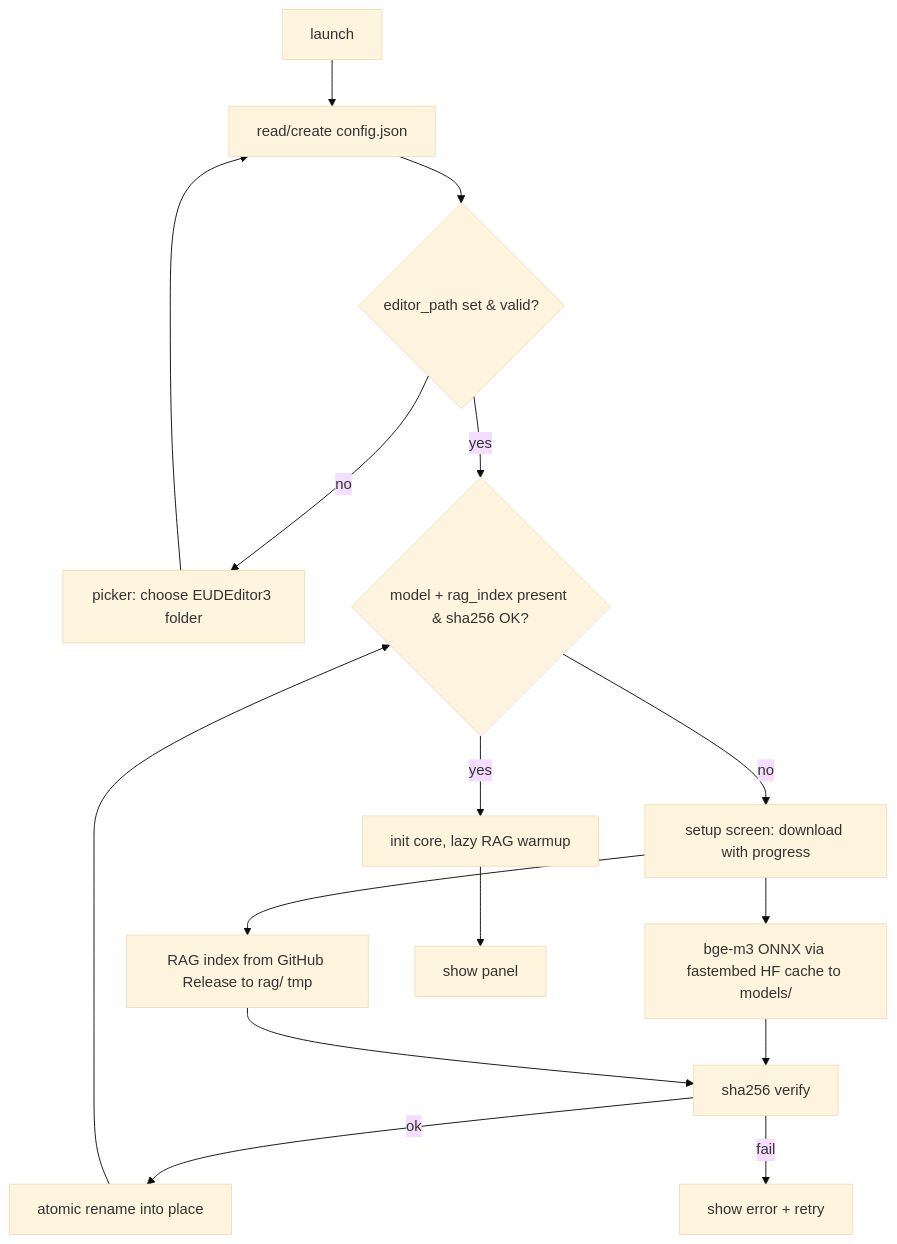
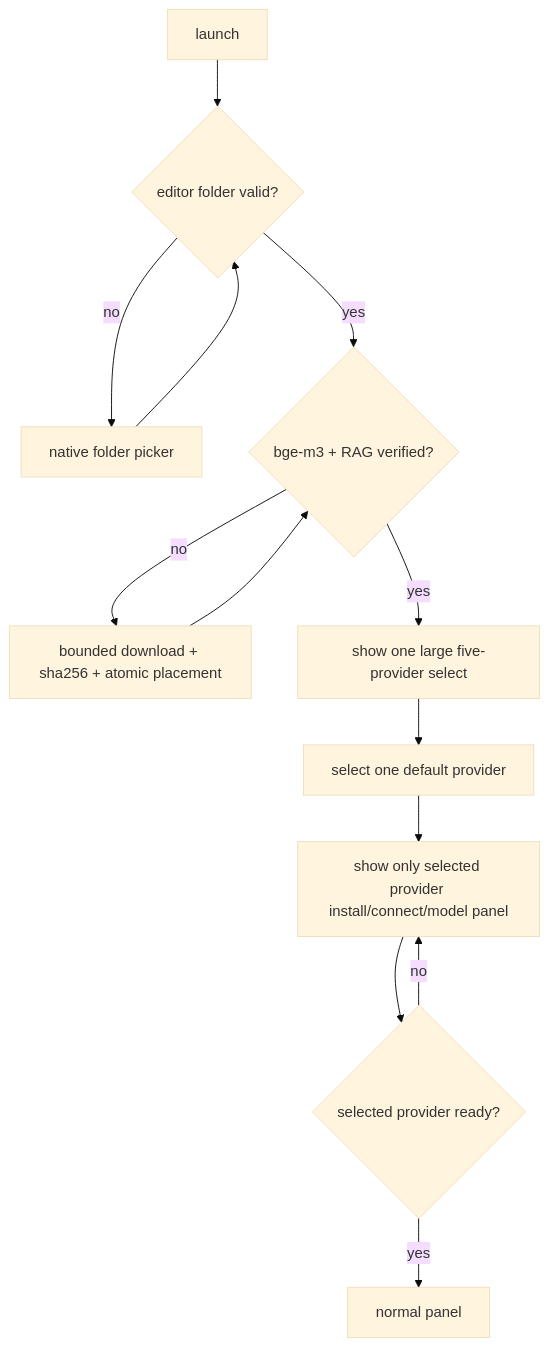
The diagram in hivemind/docs/features/10_tauri-shell-bootstrap.md (raravel/eud-agent), drawn with Mermaid (base theme) before and after one commit. The commit also changed other lines of this file and 75 other files, not shown here.

Commit message:
feat: add five-provider agent runtime

````diff
--- a/hivemind/docs/features/10_tauri-shell-bootstrap.md
+++ b/hivemind/docs/features/10_tauri-shell-bootstrap.md
@@ -31,14 +41,13 @@
 ```mermaid
 flowchart TD
-    A[launch] --> B[read/create config.json]
-    B --> C{editor_path set & valid?}
-    C -- no --> P[picker: choose EUDEditor3 folder] --> B
-    C -- yes --> D{model + rag_index present & sha256 OK?}
-    D -- no --> E[setup screen: download with progress]
-    E --> F[bge-m3 ONNX via fastembed HF cache to models/]
-    E --> G[RAG index from GitHub Release to rag/ tmp]
-    F & G --> H[sha256 verify]
-    H -- ok --> I[atomic rename into place] --> D
-    H -- fail --> E2[show error + retry]
-    D -- yes --> J[init core, lazy RAG warmup] --> K[show panel]
+    A[launch] --> B{editor folder valid?}
+    B -- no --> C[native folder picker] --> B
+    B -- yes --> D{bge-m3 + RAG verified?}
+    D -- no --> E[bounded download + sha256 + atomic placement] --> D
+    D -- yes --> F[show one large five-provider select]
+    F --> G[select one default provider]
+    G --> H[show only selected provider install/connect/model panel]
+    H --> I{selected provider ready?}
+    I -- no --> H
+    I -- yes --> J[normal panel]
 ```
````
